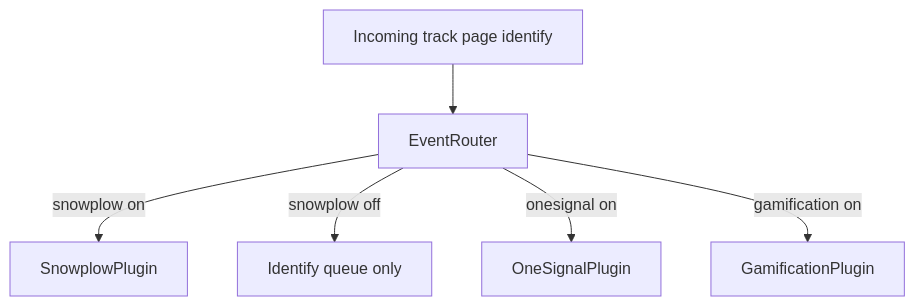
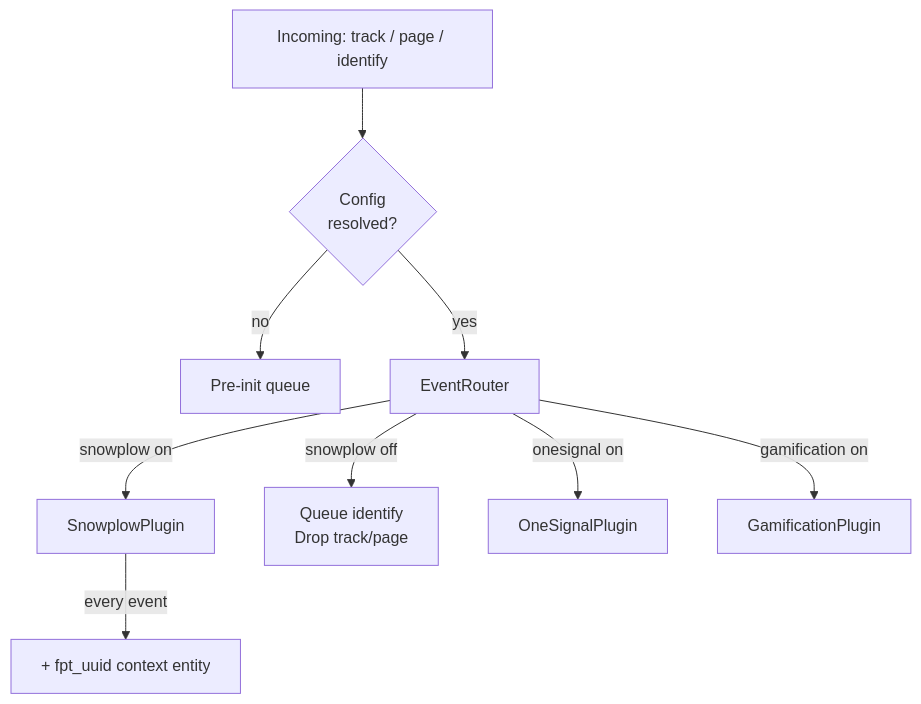
Before and after one commit to CExP-dev/cexp-hub-sdk: the seventh of 8 diagrams in docs/superpowers/architecture/2026-03-20-cexp-hub-sdk-system-architecture.md, drawn with Mermaid. The commit also changed other lines of this file and 12 other files, not shown here.

````diff
--- a/docs/superpowers/architecture/2026-03-20-cexp-hub-sdk-system-architecture.md
+++ b/docs/superpowers/architecture/2026-03-20-cexp-hub-sdk-system-architecture.md
@@ -173,8 +246,13 @@
 ```mermaid
 flowchart TB
-  E[Incoming track page identify] --> R[EventRouter]
+  E["Incoming: track / page / identify"] --> PQ{"Config\nresolved?"}
+  PQ -->|no| Q["Pre-init queue"]
+  PQ -->|yes| R[EventRouter]
+
   R -->|"snowplow on"| S[SnowplowPlugin]
-  R -->|"snowplow off"| Q[Identify queue only]
+  R -->|"snowplow off"| SQ["Queue identify\nDrop track/page"]
   R -->|"onesignal on"| O[OneSignalPlugin]
   R -->|"gamification on"| G[GamificationPlugin]
+
+  S -->|"every event"| Ctx["+ fpt_uuid context entity"]
 ```
````
